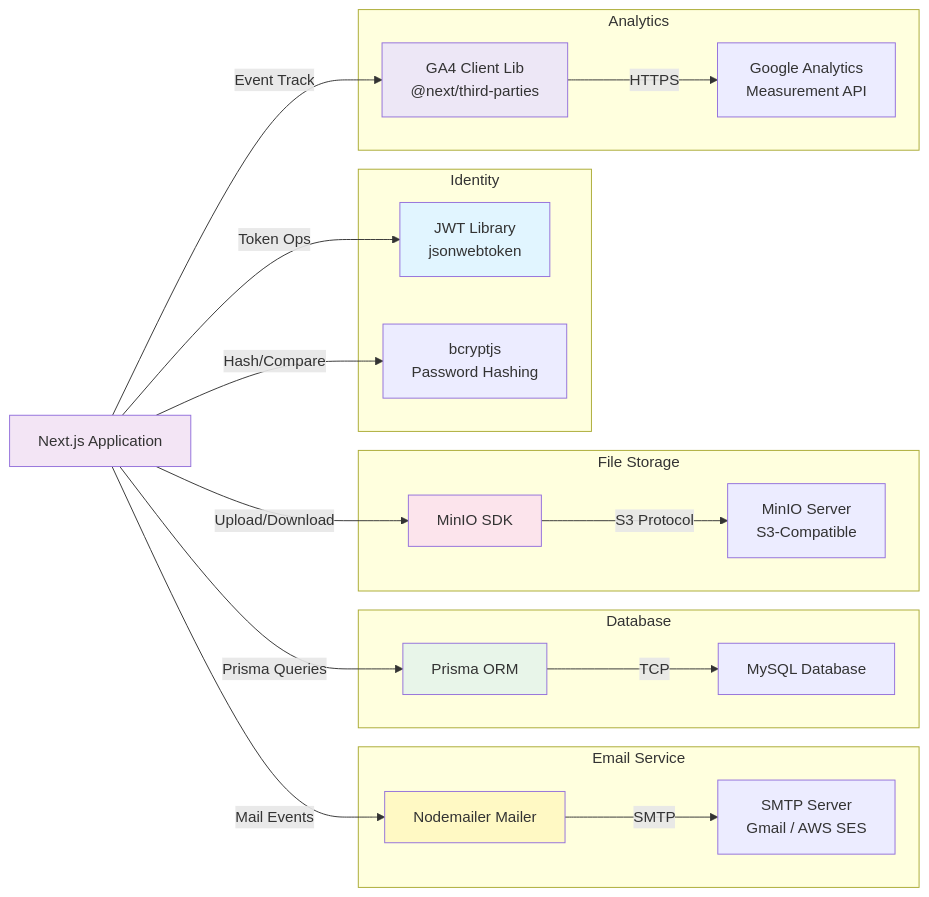
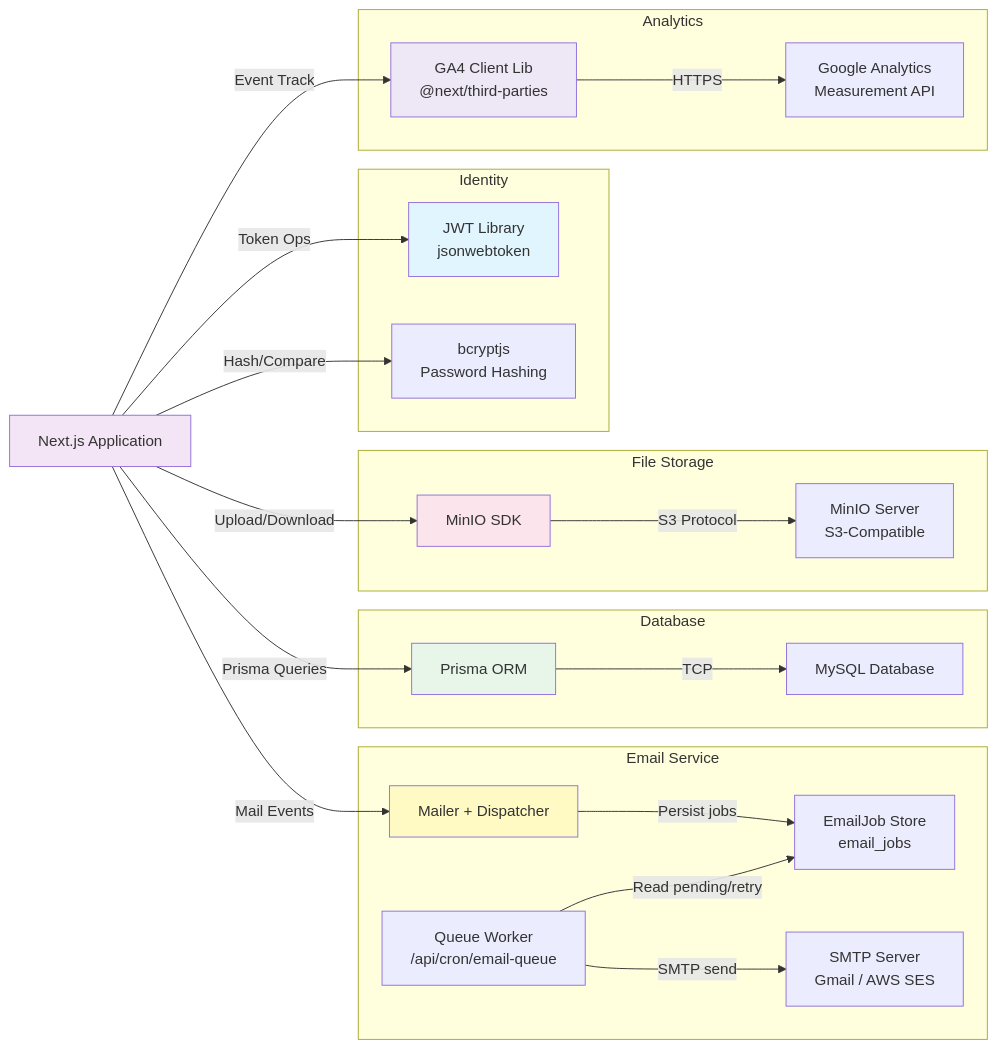
Before and after one commit to Newer1107/CoE-Main: diagram 26 of 36 in README.md, drawn with Mermaid. The commit also changed other lines of this file and 12 other files, not shown here.

First line of the commit message:
feat(email-delivery): implement email job queue system

````diff
--- a/README.md
+++ b/README.md
@@ -1335,43 +1356,48 @@
 ```mermaid
 graph LR
   APP["Next.js Application"]
 
   subgraph "Email Service"
-    NM["Nodemailer Mailer"]
+    NM["Mailer + Dispatcher"]
+    QW["Queue Worker<br/>/api/cron/email-queue"]
+    EQ["EmailJob Store<br/>email_jobs"]
     SMTP_SVR["SMTP Server<br/>Gmail / AWS SES"]
   end
 
   subgraph "Database"
     PRS["Prisma ORM"]
     MYSQL["MySQL Database"]
   end
 
   subgraph "File Storage"
     MINIO_CLIENT["MinIO SDK"]
     MINIO_SERVER["MinIO Server<br/>S3-Compatible"]
   end
 
   subgraph "Identity"
     JWT["JWT Library<br/>jsonwebtoken"]
     BCRYPT["bcryptjs<br/>Password Hashing"]
   end
 
   subgraph "Analytics"
     GA_LIB["GA4 Client Lib<br/>@next/third-parties"]
     GA_ENDPOINT["Google Analytics<br/>Measurement API"]
   end
 
-  APP -->|Mail Events| NM -->|SMTP| SMTP_SVR
+  APP -->|Mail Events| NM
+  NM -->|Persist jobs| EQ
+  QW -->|Read pending/retry| EQ
+  QW -->|SMTP send| SMTP_SVR
   APP -->|Prisma Queries| PRS -->|TCP| MYSQL
   APP -->|Upload/Download| MINIO_CLIENT -->|S3 Protocol| MINIO_SERVER
   APP -->|Token Ops| JWT
   APP -->|Hash/Compare| BCRYPT
   APP -->|Event Track| GA_LIB -->|HTTPS| GA_ENDPOINT
 
   style APP fill:#f3e5f5
   style NM fill:#fff9c4
   style PRS fill:#e8f5e9
   style MINIO_CLIENT fill:#fce4ec
   style JWT fill:#e1f5ff
   style GA_LIB fill:#ede7f6
 ```
````
